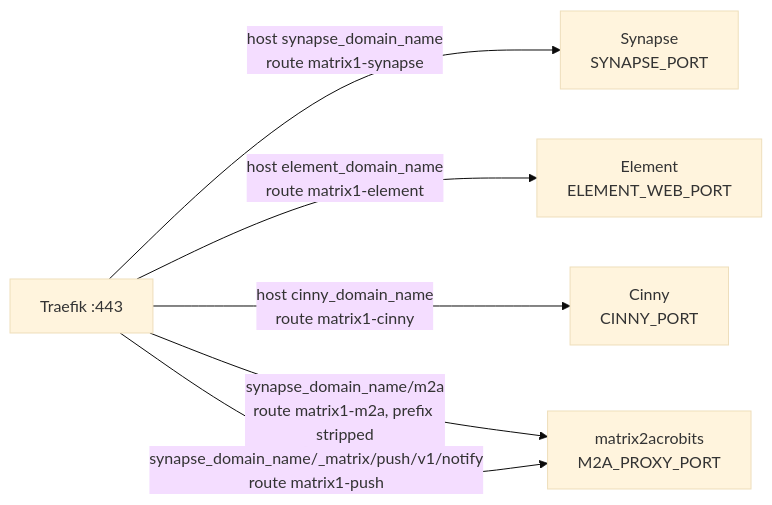
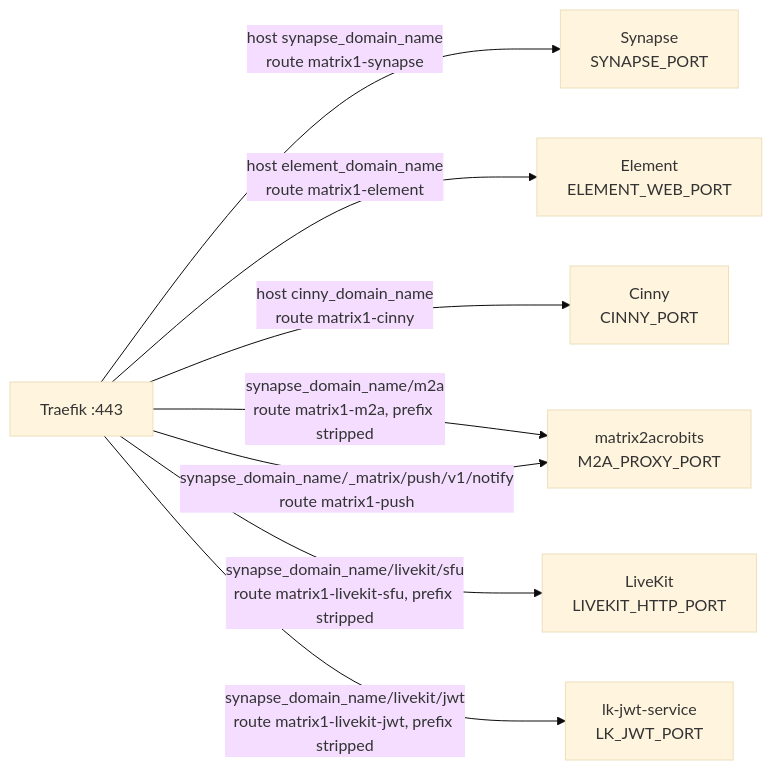
One commit to NethServer/ns8-matrix changed the second of 5 diagrams in docs/architecture.md. Above: the diagram before and after it, drawn with Mermaid (base theme). The commit also changed other lines of this file and 31 other files, not shown here.

First line of the commit message:
feat: add Element Call calls with LiveKit (#130)

````diff
--- a/docs/architecture.md
+++ b/docs/architecture.md
@@ -47,9 +109,11 @@
 ```mermaid
 flowchart LR
     T["Traefik :443"]
     T -- "host synapse_domain_name<br/>route matrix1-synapse" --> S["Synapse<br/>SYNAPSE_PORT"]
     T -- "host element_domain_name<br/>route matrix1-element" --> E["Element<br/>ELEMENT_WEB_PORT"]
     T -- "host cinny_domain_name<br/>route matrix1-cinny" --> C["Cinny<br/>CINNY_PORT"]
     T -- "synapse_domain_name/m2a<br/>route matrix1-m2a, prefix stripped" --> M["matrix2acrobits<br/>M2A_PROXY_PORT"]
     T -- "synapse_domain_name/_matrix/push/v1/notify<br/>route matrix1-push" --> M
+    T -- "synapse_domain_name/livekit/sfu<br/>route matrix1-livekit-sfu, prefix stripped" --> L["LiveKit<br/>LIVEKIT_HTTP_PORT"]
+    T -- "synapse_domain_name/livekit/jwt<br/>route matrix1-livekit-jwt, prefix stripped" --> J["lk-jwt-service<br/>LK_JWT_PORT"]
 ```
````
